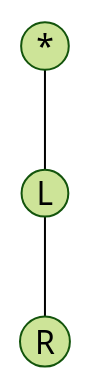
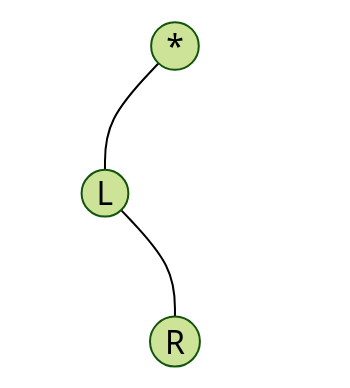
Before and after one commit to Leoliu83/chapter2: the sixth of 29 diagrams in algorithm/document/tree/binary_tree.md, drawn with Mermaid (forest theme). The commit also changed other lines of this file and 41 other files, not shown here.

````diff
--- a/algorithm/document/tree/binary_tree.md
+++ b/algorithm/document/tree/binary_tree.md
@@ -72,7 +99,23 @@
 ```mermaid
 graph TB
 A((*))
 B((L))
 C((R))
-A---B---C
+empty1(( ))
+empty2(( ))
+empty3(( ))
+A---B
+A---empty1
+empty1---empty3
+B---empty2
+B---C
+
+linkStyle 1 stroke:transparent
+style empty1 stroke:transparent,fill:transparent
+
+linkStyle 2 stroke:transparent
+style empty2 stroke:transparent,fill:transparent
+
+linkStyle 3 stroke:transparent
+style empty3 stroke:transparent,fill:transparent
 ```
````
